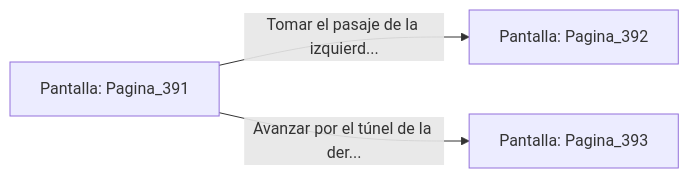
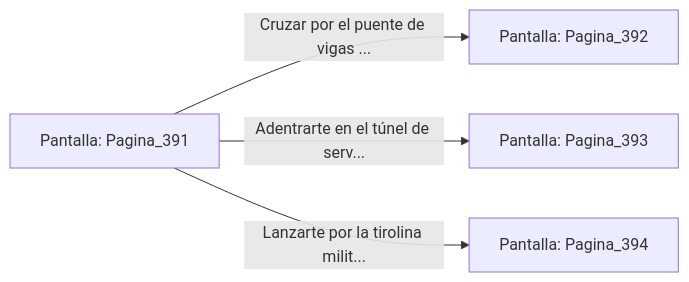
Before and after one commit to metsuke/mpl: the diagram in sample/eligejuego-vault/Pantalla_Pagina_391.md, drawn with Mermaid. The commit also changed other lines of this file and 635 other files, not shown here.

First line of the commit message:
fix: añadir Pagina_1 como pantalla inicial en capitulo_01.mpl

````diff
--- a/sample/eligejuego-vault/Pantalla_Pagina_391.md
+++ b/sample/eligejuego-vault/Pantalla_Pagina_391.md
@@ -20,6 +27,7 @@
 ```mermaid
 graph LR
     P_Pagina_391["Pantalla: Pagina_391"]
-    P_Pagina_391 -->|"Tomar el pasaje de la izquierd..."| P_Pagina_392["Pantalla: Pagina_392"]
-    P_Pagina_391 -->|"Avanzar por el túnel de la der..."| P_Pagina_393["Pantalla: Pagina_393"]
+    P_Pagina_391 -->|"Cruzar por el puente de vigas ..."| P_Pagina_392["Pantalla: Pagina_392"]
+    P_Pagina_391 -->|"Adentrarte en el túnel de serv..."| P_Pagina_393["Pantalla: Pagina_393"]
+    P_Pagina_391 -->|"Lanzarte por la tirolina milit..."| P_Pagina_394["Pantalla: Pagina_394"]
 ```
````
